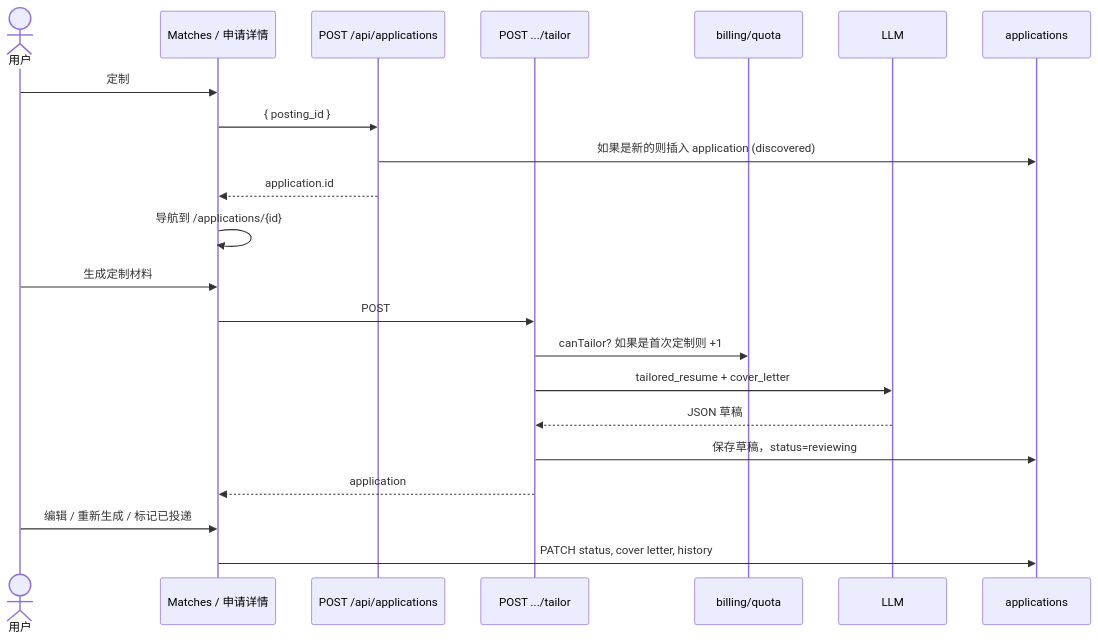
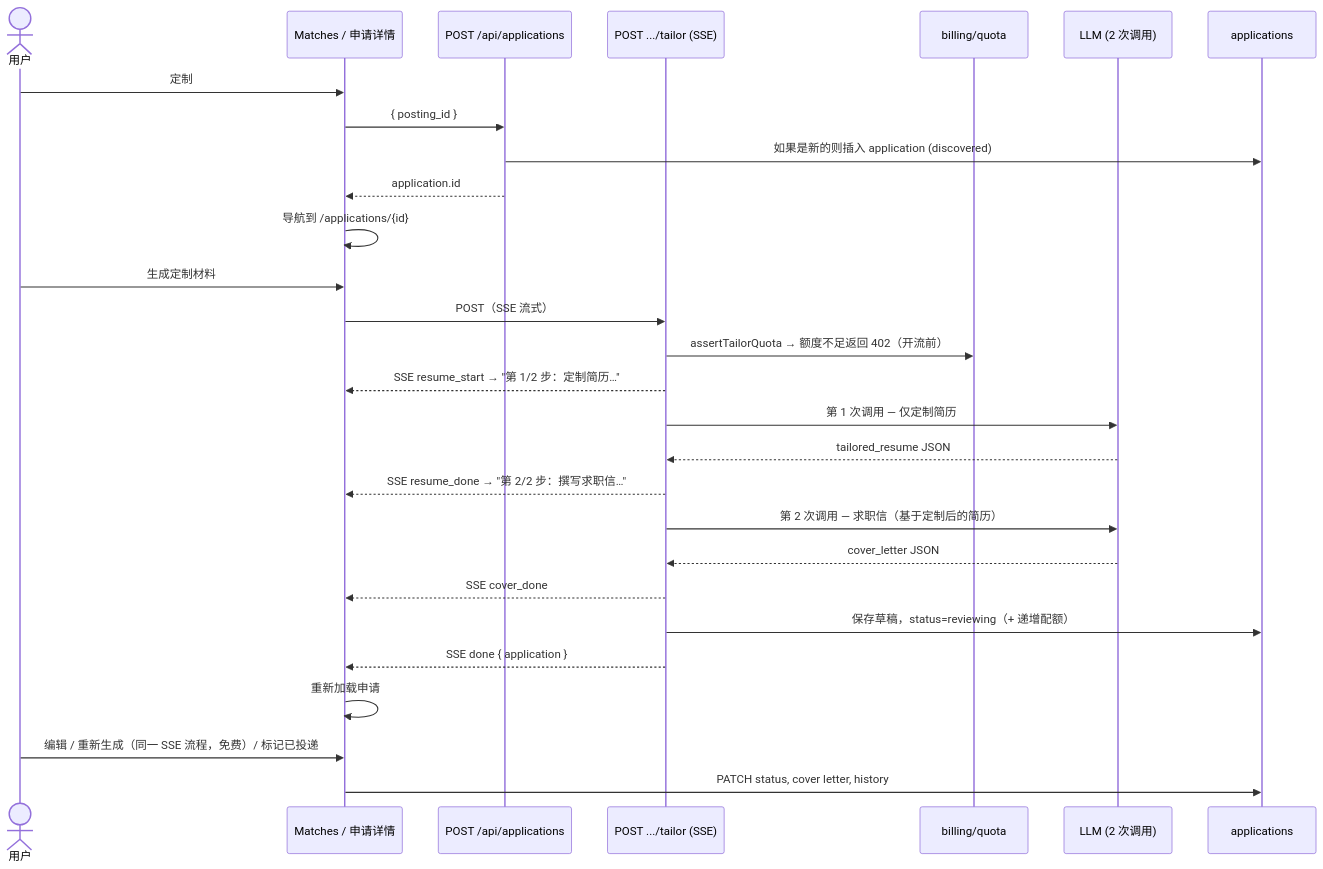
The seventh of 8 diagrams in docs/03-jobpilot-workflow-zh.md (jxjwilliam/jobPilot), drawn with Mermaid before and after one commit. The commit also changed other lines of this file and 13 other files, not shown here.

First line of the commit message:
feat: stream tailored materials (split resume + cover letter) + matches freshness

````diff
--- a/docs/03-jobpilot-workflow-zh.md
+++ b/docs/03-jobpilot-workflow-zh.md
@@ -202,25 +202,31 @@
 ```mermaid
 sequenceDiagram
   actor U as 用户
   participant FE as Matches / 申请详情
   participant Apps as POST /api/applications
-  participant Tailor as POST .../tailor
+  participant Tailor as POST .../tailor (SSE)
   participant Quota as billing/quota
-  participant LLM as LLM
+  participant LLM as LLM (2 次调用)
   participant DB as applications
 
   U->>FE: 定制
   FE->>Apps: { posting_id }
   Apps->>DB: 如果是新的则插入 application (discovered)
   Apps-->>FE: application.id
   FE->>FE: 导航到 /applications/{id}
   U->>FE: 生成定制材料
-  FE->>Tailor: POST
-  Tailor->>Quota: canTailor? 如果是首次定制则 +1
-  Tailor->>LLM: tailored_resume + cover_letter
-  LLM-->>Tailor: JSON 草稿
-  Tailor->>DB: 保存草稿，status=reviewing
-  Tailor-->>FE: application
-  U->>FE: 编辑 / 重新生成 / 标记已投递
+  FE->>Tailor: POST（SSE 流式）
+  Tailor->>Quota: assertTailorQuota → 额度不足返回 402（开流前）
+  Tailor-->>FE: SSE resume_start → "第 1/2 步：定制简历…"
+  Tailor->>LLM: 第 1 次调用 — 仅定制简历
+  LLM-->>Tailor: tailored_resume JSON
+  Tailor-->>FE: SSE resume_done → "第 2/2 步：撰写求职信…"
+  Tailor->>LLM: 第 2 次调用 — 求职信（基于定制后的简历）
+  LLM-->>Tailor: cover_letter JSON
+  Tailor-->>FE: SSE cover_done
+  Tailor->>DB: 保存草稿，status=reviewing（+ 递增配额）
+  Tailor-->>FE: SSE done { application }
+  FE->>FE: 重新加载申请
+  U->>FE: 编辑 / 重新生成（同一 SSE 流程，免费）/ 标记已投递
   FE->>DB: PATCH status, cover letter, history
 ```
````
